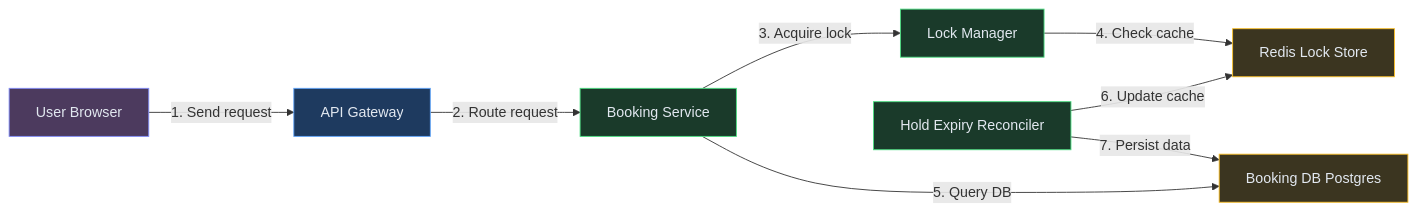
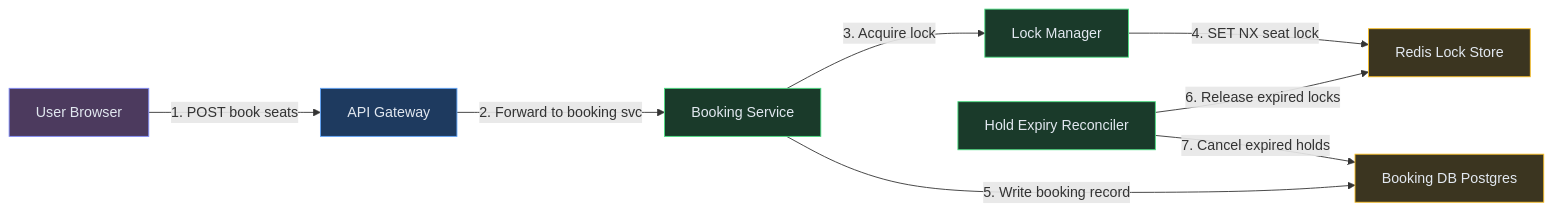
One commit to iluzn/HLD-Designs changed the third of 11 diagrams in content/hld/BookMyShow.md. Above: the diagram before and after it, drawn with Mermaid. The commit also changed other lines of this file and 27 other files, not shown here.

````diff
--- a/content/hld/BookMyShow.md
+++ b/content/hld/BookMyShow.md
@@ -245,23 +245,23 @@
 ```mermaid
 flowchart LR
     User["User Browser"]:::client
     GW["API Gateway"]:::edge
     BS["Booking Service"]:::service
     LM["Lock Manager"]:::service
     RL["Redis Lock Store"]:::data
     DB["Booking DB Postgres"]:::data
     REC["Hold Expiry Reconciler"]:::service
 
-    User -->|"1. Send request"| GW
-    GW -->|"2. Route request"| BS
+    User -->|"1. POST book seats"| GW
+    GW -->|"2. Forward to booking svc"| BS
     BS -->|"3. Acquire lock"| LM
-    LM -->|"4. Check cache"| RL
-    BS -->|"5. Query DB"| DB
-    REC -->|"6. Update cache"| RL
-    REC -->|"7. Persist data"| DB
+    LM -->|"4. SET NX seat lock"| RL
+    BS -->|"5. Write booking record"| DB
+    REC -->|"6. Release expired locks"| RL
+    REC -->|"7. Cancel expired holds"| DB
 
     classDef client fill:#4c3a5e,stroke:#818cf8,color:#e2e8f0
     classDef edge fill:#1e3a5f,stroke:#60a5fa,color:#e2e8f0
     classDef service fill:#1a3a2a,stroke:#4ade80,color:#e2e8f0
     classDef data fill:#3b3520,stroke:#fbbf24,color:#e2e8f0
 ```
````
